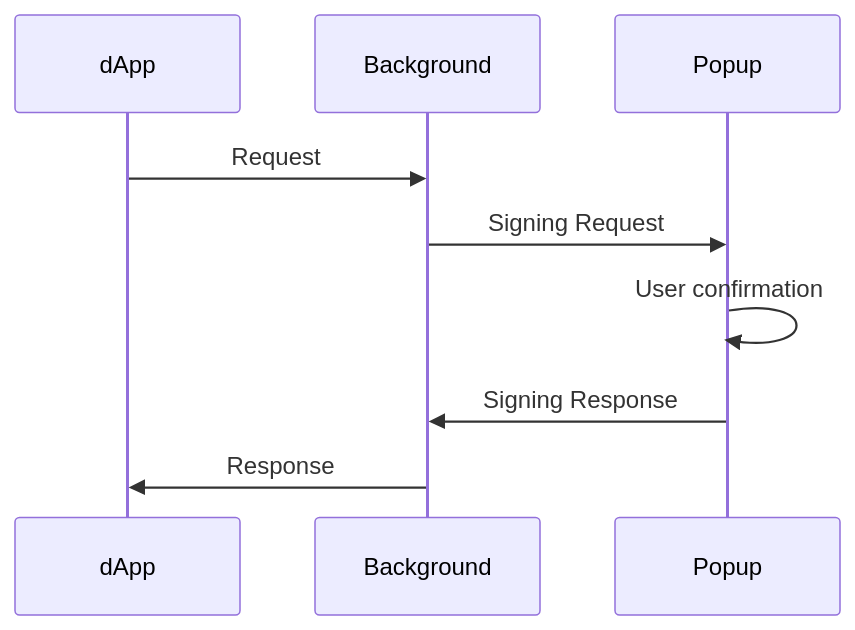
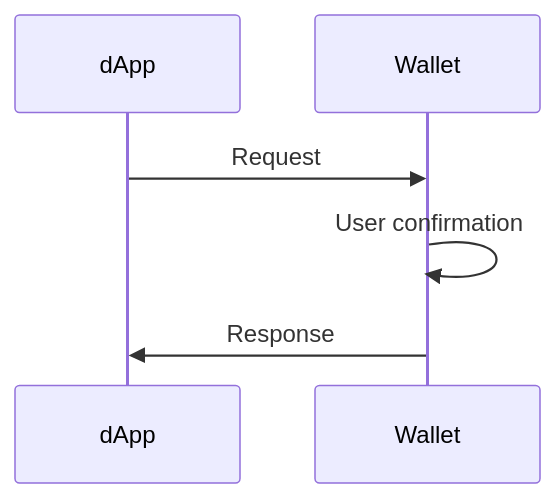
One commit to airgap-it/beacon-sdk changed the fifth of 5 diagrams in flows/P2PDirect.md. Above: the diagram before and after it, drawn with Mermaid. The commit also changed other lines of this file and 1 other file, not shown here.

````diff
--- a/flows/P2PDirect.md
+++ b/flows/P2PDirect.md
@@ -68,10 +58,8 @@
 ```mermaid
 sequenceDiagram
-    dApp->>Background: Request
+    dApp->>Wallet: Request
 
-    Background->>Popup: Signing Request
-    Popup->>Popup: User confirmation
-    Popup->>Background: Signing Response
+    Wallet->>Wallet: User confirmation
 
-    Background->>dApp: Response
+    Wallet->>dApp: Response
 ```
````
